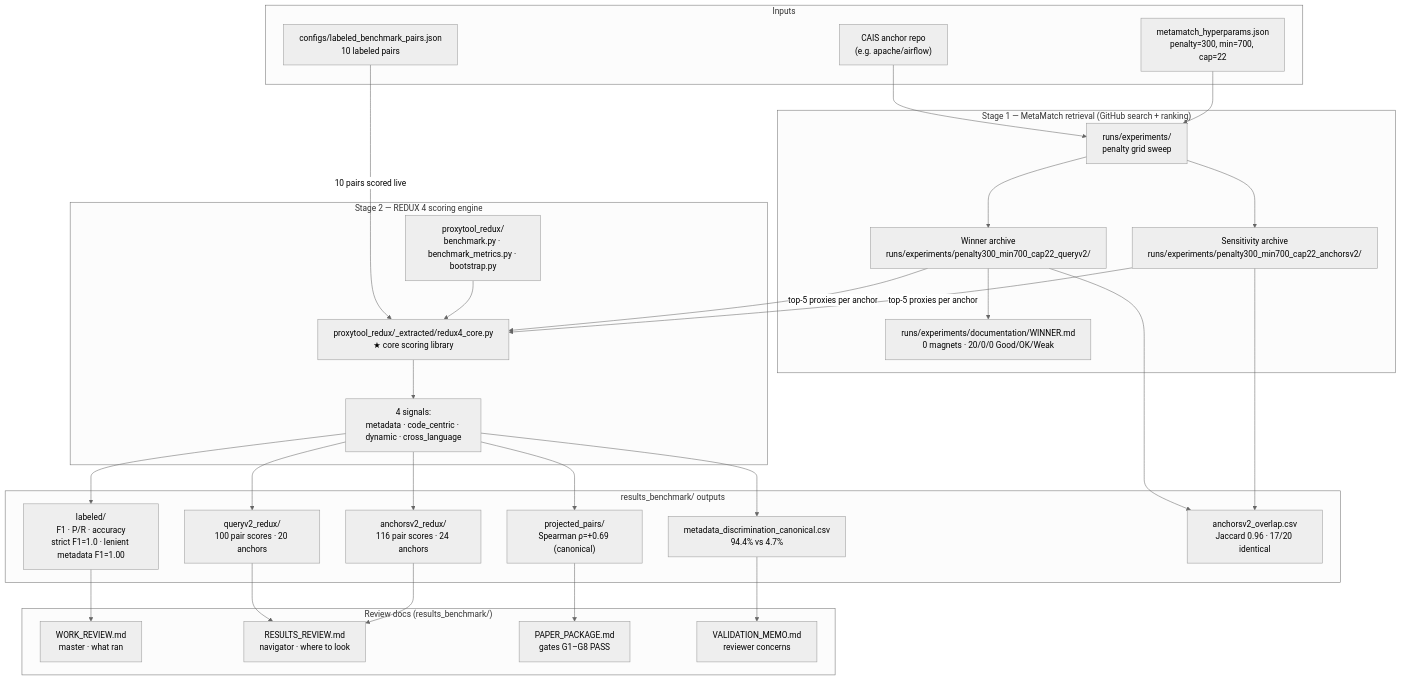
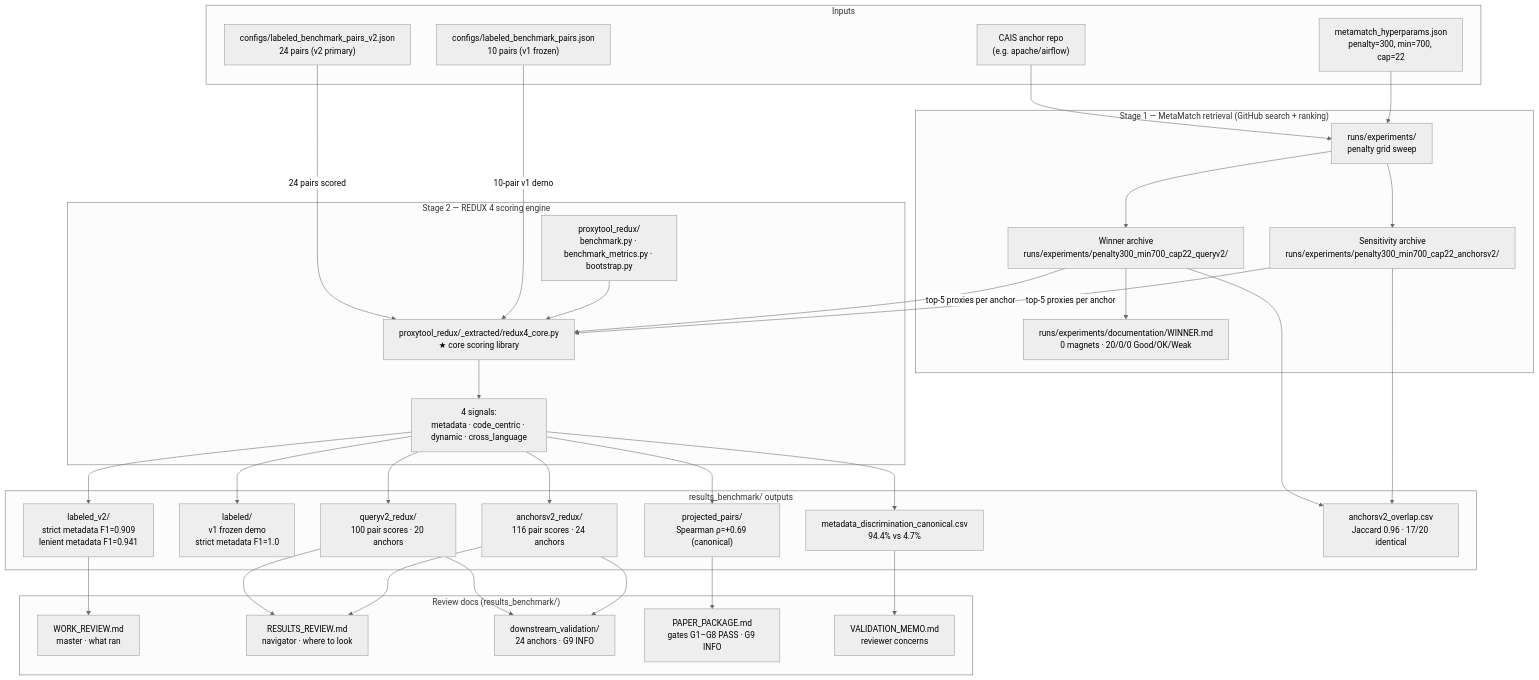
The first of 2 diagrams in results_benchmark/WORK_REVIEW.md (dev4-gpt/Proxy-systems-for-Critical-AI-systems), drawn with Mermaid (neutral theme) before and after one commit. The commit also changed other lines of this file and 16 other files, not shown here.

Commit message:
downstream val, anchors spot check, and other md files updated

````diff
--- a/results_benchmark/WORK_REVIEW.md
+++ b/results_benchmark/WORK_REVIEW.md
@@ -8,64 +8,71 @@
 ```mermaid
 flowchart TB
     subgraph INPUT["Inputs"]
         CAIS["CAIS anchor repo<br/>(e.g. apache/airflow)"]
-        COHORT["configs/labeled_benchmark_pairs.json<br/>10 labeled pairs"]
+        COHORT["configs/labeled_benchmark_pairs_v2.json<br/>24 pairs (v2 primary)"]
+        COHORTV1["configs/labeled_benchmark_pairs.json<br/>10 pairs (v1 frozen)"]
         HYPER["metamatch_hyperparams.json<br/>penalty=300, min=700, cap=22"]
     end
 
     subgraph STAGE1["Stage 1 — MetaMatch retrieval (GitHub search + ranking)"]
         GRID["runs/experiments/<br/>penalty grid sweep"]
         QV2["Winner archive<br/>runs/experiments/penalty300_min700_cap22_queryv2/"]
         AV2["Sensitivity archive<br/>runs/experiments/penalty300_min700_cap22_anchorsv2/"]
         WINNER["runs/experiments/documentation/WINNER.md<br/>0 magnets · 20/0/0 Good/OK/Weak"]
     end
 
     subgraph STAGE2["Stage 2 — REDUX 4 scoring engine"]
         ENGINE["proxytool_redux/_extracted/redux4_core.py<br/>★ core scoring library"]
         PKG["proxytool_redux/<br/>benchmark.py · benchmark_metrics.py · bootstrap.py"]
         METHODS["4 signals:<br/>metadata · code_centric · dynamic · cross_language"]
     end
 
     subgraph OUTPUTS["results_benchmark/ outputs"]
-        LABELED["labeled/<br/>F1 · P/R · accuracy<br/>strict F1=1.0 · lenient metadata F1=1.00"]
+        LABELED["labeled_v2/<br/>strict metadata F1=0.909<br/>lenient metadata F1=0.941"]
+        LABELEDV1["labeled/<br/>v1 frozen demo<br/>strict metadata F1=1.0"]
         QREDUX["queryv2_redux/<br/>100 pair scores · 20 anchors"]
         AREDUX["anchorsv2_redux/<br/>116 pair scores · 24 anchors"]
         STATS["projected_pairs/<br/>Spearman ρ=+0.69 (canonical)"]
         DISC["metadata_discrimination_canonical.csv<br/>94.4% vs 4.7%"]
         OVERLAP["anchorsv2_overlap.csv<br/>Jaccard 0.96 · 17/20 identical"]
     end
 
     subgraph DOCS["Review docs (results_benchmark/)"]
         WR["WORK_REVIEW.md<br/>master · what ran"]
         RR["RESULTS_REVIEW.md<br/>navigator · where to look"]
-        PP["PAPER_PACKAGE.md<br/>gates G1–G8 PASS"]
+        DOWN["downstream_validation/<br/>24 anchors · G9 INFO"]
+        PP["PAPER_PACKAGE.md<br/>gates G1–G8 PASS · G9 INFO"]
         VM["VALIDATION_MEMO.md<br/>reviewer concerns"]
     end
 
     CAIS --> GRID
     HYPER --> GRID
     GRID --> QV2
     GRID --> AV2
     QV2 --> WINNER
 
     QV2 -->|"top-5 proxies per anchor"| ENGINE
     AV2 -->|"top-5 proxies per anchor"| ENGINE
-    COHORT -->|"10 pairs scored live"| ENGINE
+    COHORT -->|"24 pairs scored"| ENGINE
+    COHORTV1 -->|"10-pair v1 demo"| ENGINE
     PKG --> ENGINE
     ENGINE --> METHODS
 
     METHODS --> LABELED
+    METHODS --> LABELEDV1
     METHODS --> QREDUX
     METHODS --> AREDUX
     METHODS --> STATS
     METHODS --> DISC
 
     QV2 --> OVERLAP
     AV2 --> OVERLAP
 
     LABELED --> WR
     QREDUX --> RR
     AREDUX --> RR
     STATS --> PP
     DISC --> VM
+    QREDUX --> DOWN
+    AREDUX --> DOWN
 ```
````
